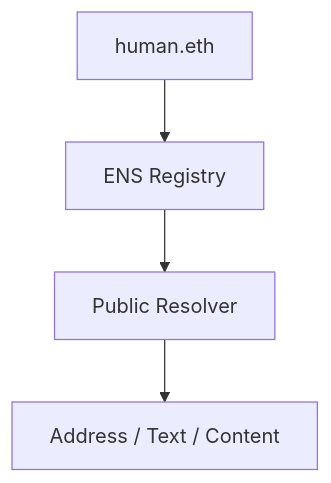
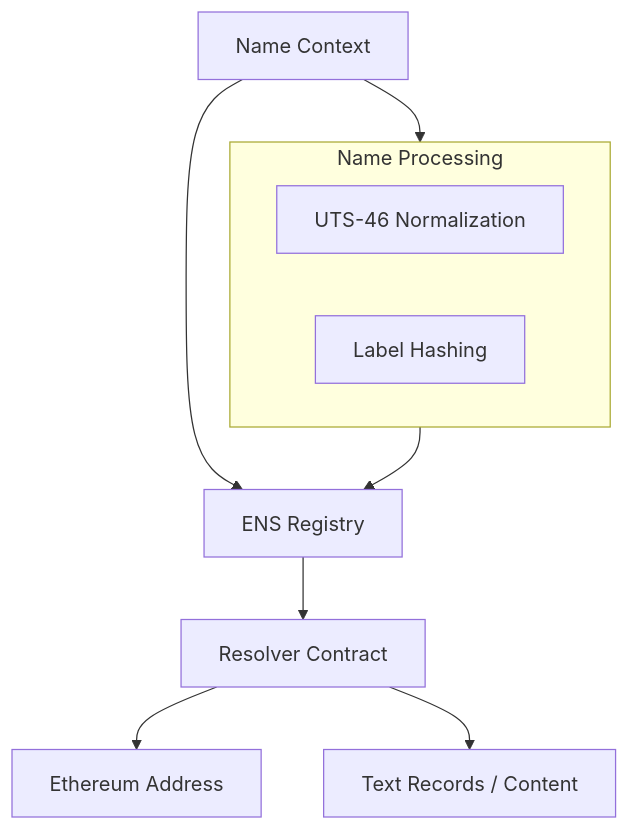
Before and after one commit to ImL1s/dart_web3: the diagram in dart_web3/packages/ens/README.md, drawn with Mermaid. The commit also changed other lines of this file and 31 other files, not shown here.

````diff
--- a/dart_web3/packages/ens/README.md
+++ b/dart_web3/packages/ens/README.md
@@ -14,6 +17,15 @@
 ```mermaid
 graph TD
-    Name[human.eth] --> Registry[ENS Registry]
-    Registry --> Resolver[Public Resolver]
-    Resolver --> Data[Address / Text / Content]
+    User[Name Context] --> Registry[ENS Registry]
+    Registry --> Resolver[Resolver Contract]
+    Resolver --> Address[Ethereum Address]
+    Resolver --> Text[Text Records / Content]
+    
+    subgraph Logic [Name Processing]
+        NameHash[UTS-46 Normalization]
+        LabelHash[Label Hashing]
+    end
+    
+    User --> Logic
+    Logic --> Registry
 ```
````
